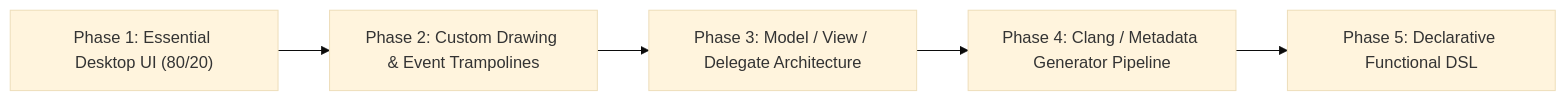
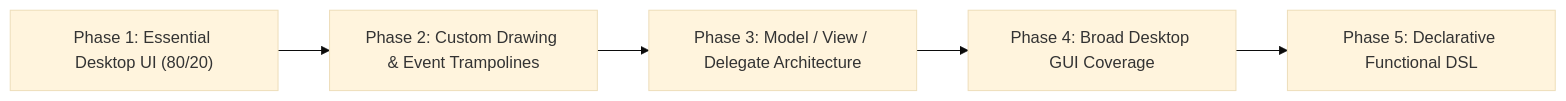
The second of 2 diagrams in ROADMAP.md (bluddy/camlqt6), drawn with Mermaid (base theme) before and after one commit. The commit also changed other lines of this file and 5 other files, not shown here.

````diff
--- a/ROADMAP.md
+++ b/ROADMAP.md
@@ -54,7 +83,7 @@
 ```mermaid
 flowchart LR
     P1["Phase 1: Essential Desktop UI (80/20)"] --> P2["Phase 2: Custom Drawing & Event Trampolines"]
     P2 --> P3["Phase 3: Model / View / Delegate Architecture"]
-    P3 --> P4["Phase 4: Clang / Metadata Generator Pipeline"]
+    P3 --> P4["Phase 4: Broad Desktop GUI Coverage"]
     P4 --> P5["Phase 5: Declarative Functional DSL"]
 ```
````
